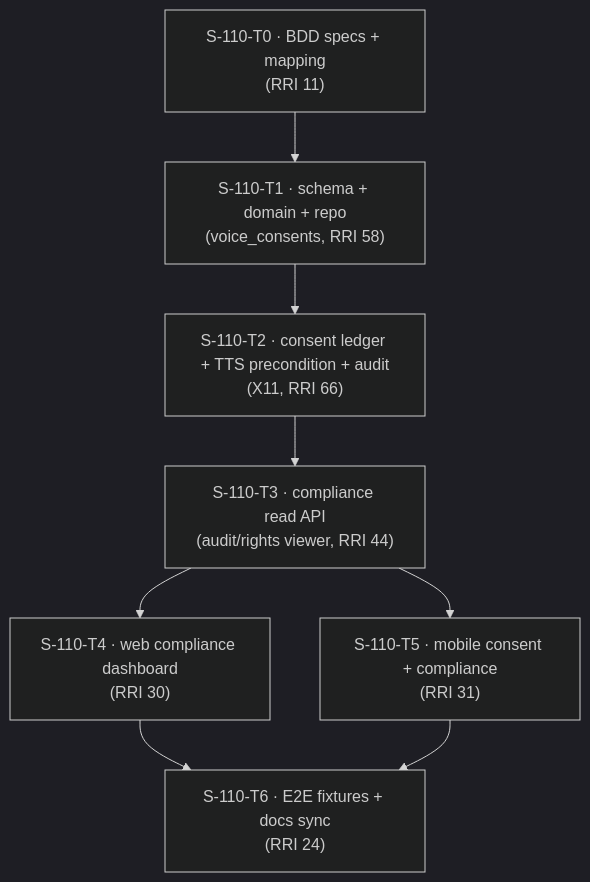
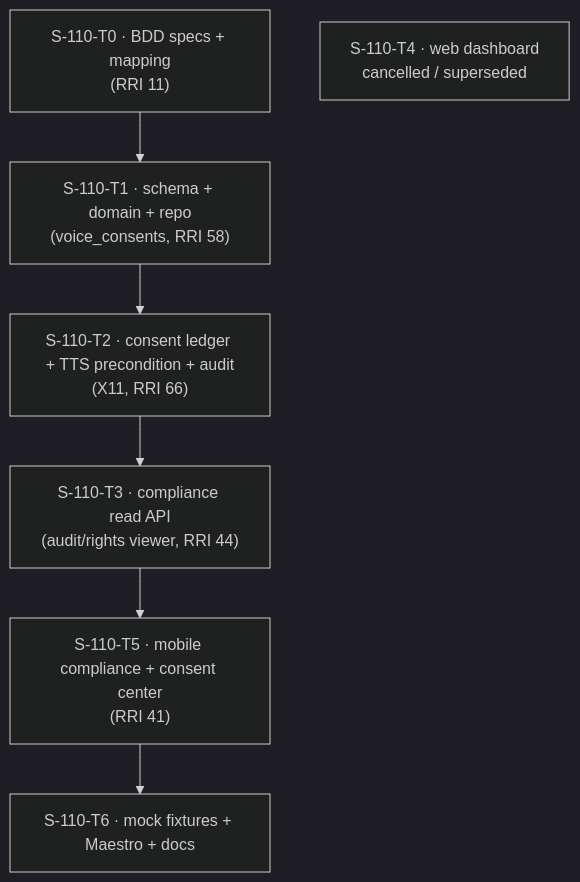
Before and after one commit to krukmat/dubbridge: the diagram in docs/plan/s-110-compliance-consent-center.md, drawn with Mermaid (dark theme). The commit also changed other lines of this file and 10 other files, not shown here.

First line of the commit message:
feat(s-110-t6): Maestro compliance flow + mock fixtures + docs sync

````diff
--- a/docs/plan/s-110-compliance-consent-center.md
+++ b/docs/plan/s-110-compliance-consent-center.md
@@ -107,18 +109,16 @@
 ```mermaid
 flowchart TD
     T0["S-110-T0 · BDD specs + mapping<br/>(RRI 11)"]
     T1["S-110-T1 · schema + domain + repo<br/>(voice_consents, RRI 58)"]
     T2["S-110-T2 · consent ledger + TTS precondition + audit<br/>(X11, RRI 66)"]
     T3["S-110-T3 · compliance read API<br/>(audit/rights viewer, RRI 44)"]
-    T4["S-110-T4 · web compliance dashboard<br/>(RRI 30)"]
-    T5["S-110-T5 · mobile consent + compliance<br/>(RRI 31)"]
-    T6["S-110-T6 · E2E fixtures + docs sync<br/>(RRI 24)"]
+    T4["S-110-T4 · web dashboard<br/>cancelled / superseded"]
+    T5["S-110-T5 · mobile compliance + consent center<br/>(RRI 41)"]
+    T6["S-110-T6 · mock fixtures + Maestro + docs"]
 
     T0 --> T1
     T1 --> T2
     T2 --> T3
-    T3 --> T4
     T3 --> T5
-    T4 --> T6
     T5 --> T6
 ```
````
